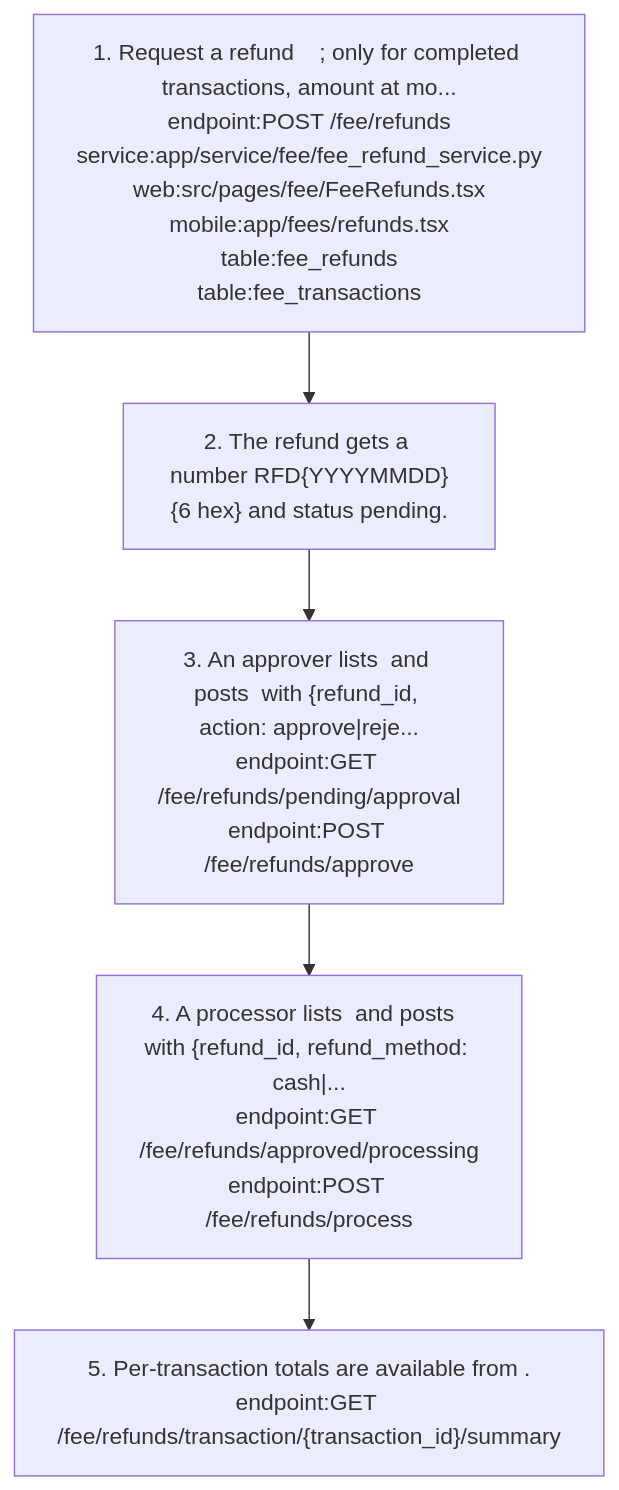
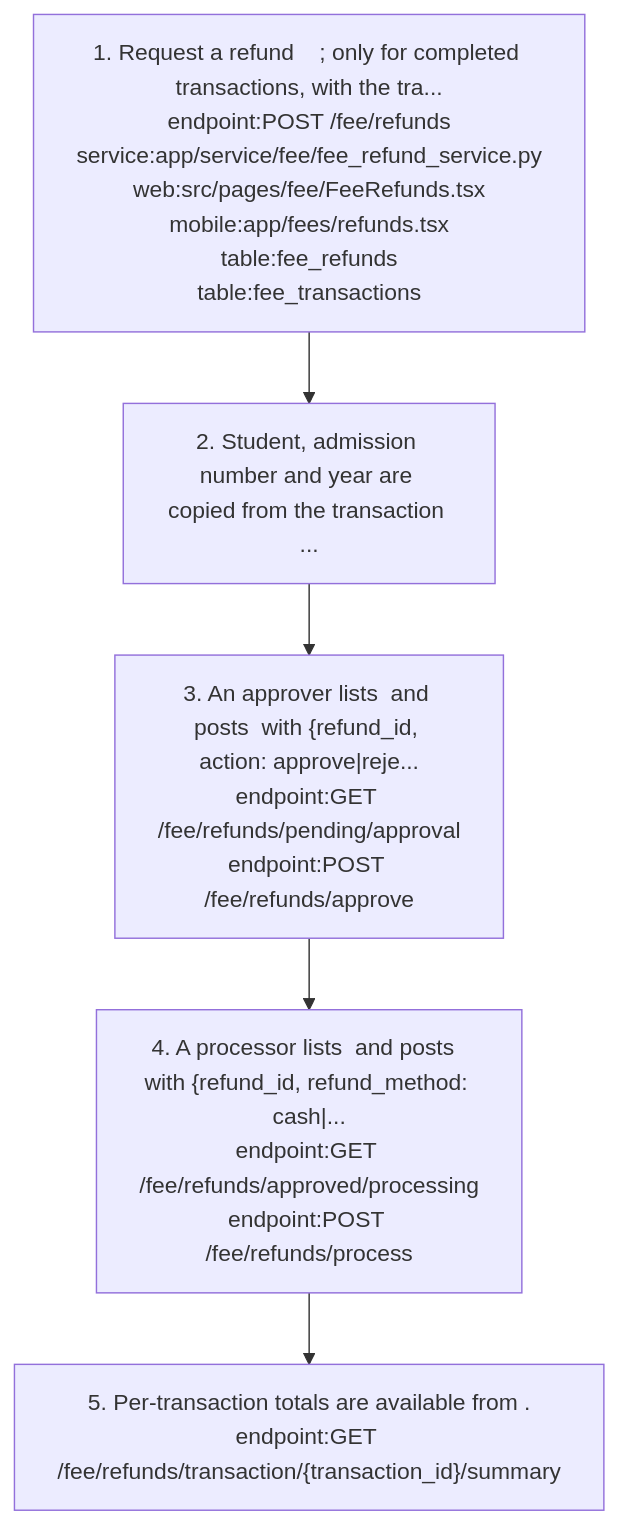
The tenth of 12 diagrams in docs/graph/views/fee.md (nerellasraj21/cos360_full_app), drawn with Mermaid before and after one commit. The commit also changed other lines of this file and 44 other files, not shown here.

First line of the commit message:
Re-verify project docs and knowledge graph against current code

````diff
--- a/docs/graph/views/fee.md
+++ b/docs/graph/views/fee.md
@@ -457,12 +465,12 @@
 ```mermaid
 flowchart TD
-  s1["1. Request a refund    ; only for completed transactions, amount at mo...<br/>endpoint:POST /fee/refunds<br/>service:app/service/fee/fee_refund_service.py<br/>web:src/pages/fee/FeeRefunds.tsx<br/>mobile:app/fees/refunds.tsx<br/>table:fee_refunds<br/>table:fee_transactions"]
-  s2["2. The refund gets a number RFD{YYYYMMDD}{6 hex} and status pending."]
+  s1["1. Request a refund    ; only for completed transactions, with the tra...<br/>endpoint:POST /fee/refunds<br/>service:app/service/fee/fee_refund_service.py<br/>web:src/pages/fee/FeeRefunds.tsx<br/>mobile:app/fees/refunds.tsx<br/>table:fee_refunds<br/>table:fee_transactions"]
+  s2["2. Student, admission number and year are copied from the transaction ..."]
   s1 --> s2
   s3["3. An approver lists  and posts  with {refund_id, action: approve|reje...<br/>endpoint:GET /fee/refunds/pending/approval<br/>endpoint:POST /fee/refunds/approve"]
   s2 --> s3
   s4["4. A processor lists  and posts  with {refund_id, refund_method: cash|...<br/>endpoint:GET /fee/refunds/approved/processing<br/>endpoint:POST /fee/refunds/process"]
   s3 --> s4
   s5["5. Per-transaction totals are available from .<br/>endpoint:GET /fee/refunds/transaction/{transaction_id}/summary"]
   s4 --> s5
 ```
````
